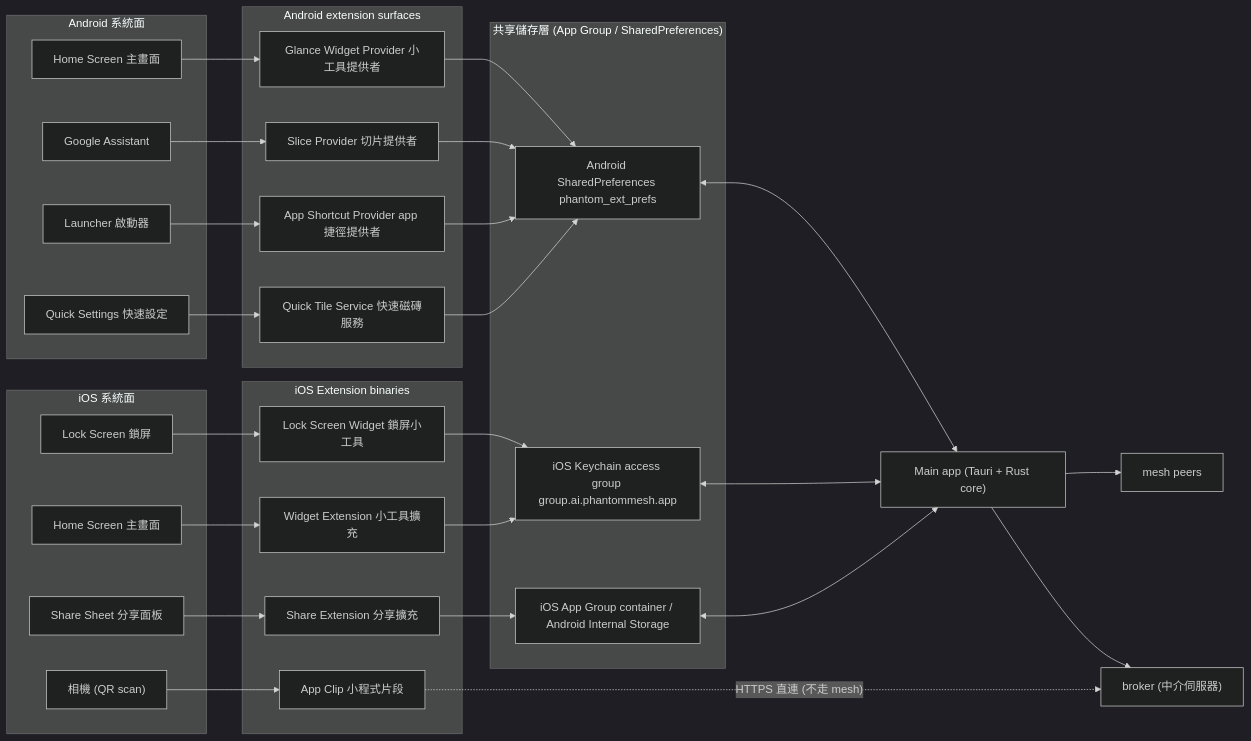
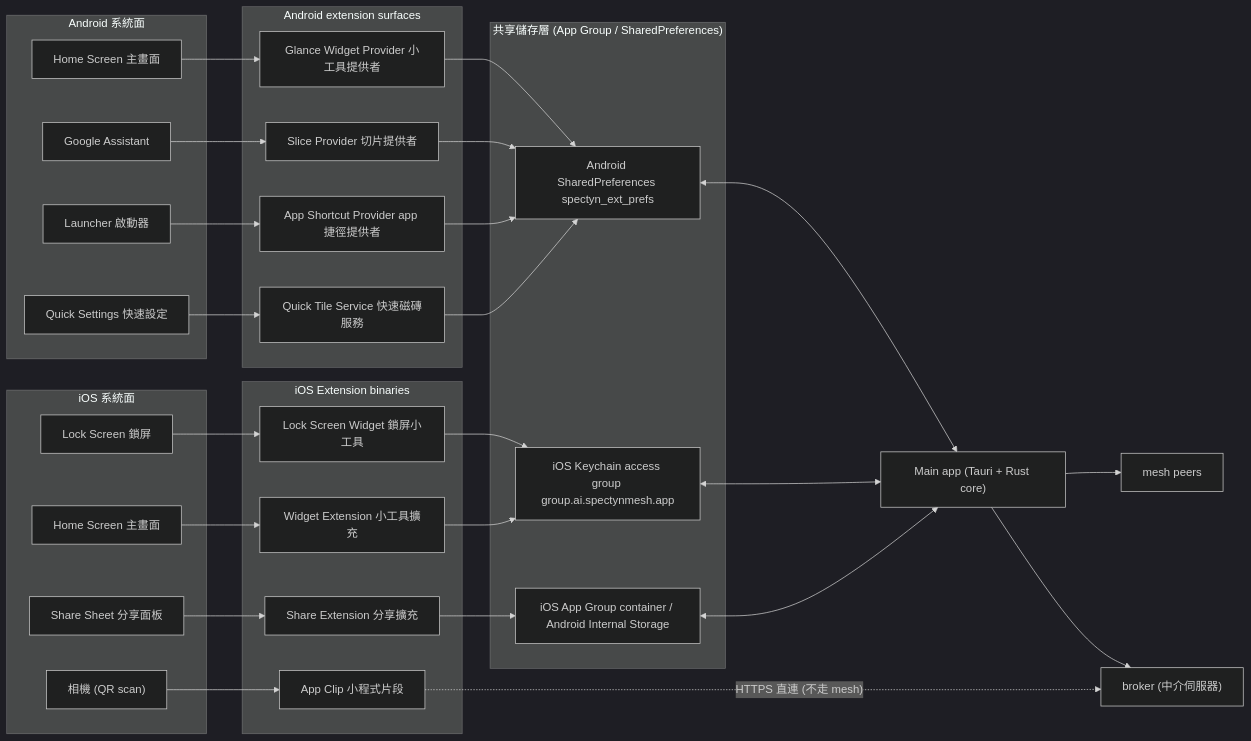
One commit to markl-a/phantom-mesh changed the first of 4 diagrams in docs/spec/history/2026-05-30/deferred/SPEC-74-EXP-extensions-share-widget.md. Above: the diagram before and after it, drawn with Mermaid (dark theme). The commit also changed other lines of this file and 1245 other files, not shown here.

First line of the commit message:
rename: phantom -> spectyn across the public tree

````diff
--- a/docs/spec/history/2026-05-30/deferred/SPEC-74-EXP-extensions-share-widget.md
+++ b/docs/spec/history/2026-05-30/deferred/SPEC-74-EXP-extensions-share-widget.md
@@ -141,60 +141,60 @@
 ```mermaid
 flowchart LR
     subgraph iOS["iOS 系統面"]
         SS["Share Sheet 分享面板"]
         HS["Home Screen 主畫面"]
         LS["Lock Screen 鎖屏"]
         Cam["相機 (QR scan)"]
     end
     subgraph iOSExt["iOS Extension binaries"]
         ShareExt["Share Extension 分享擴充"]
         WidExt["Widget Extension 小工具擴充"]
         LSWidExt["Lock Screen Widget 鎖屏小工具"]
         ClipExt["App Clip 小程式片段"]
     end
     subgraph Android["Android 系統面"]
         QS["Quick Settings 快速設定"]
         Launcher["Launcher 啟動器"]
         Assist["Google Assistant"]
         AndHS["Home Screen 主畫面"]
     end
     subgraph AndroidSurfaces["Android extension surfaces"]
         TileSvc["Quick Tile Service 快速磁磚服務"]
         Shortcut["App Shortcut Provider app 捷徑提供者"]
         SliceProv["Slice Provider 切片提供者"]
         GlanceWid["Glance Widget Provider 小工具提供者"]
     end
     subgraph AppGroup["共享儲存層 (App Group / SharedPreferences)"]
-        Keychain["iOS Keychain access group group.ai.phantommesh.app"]
-        SharedPrefs["Android SharedPreferences phantom_ext_prefs"]
+        Keychain["iOS Keychain access group group.ai.spectynmesh.app"]
+        SharedPrefs["Android SharedPreferences spectyn_ext_prefs"]
         Container["iOS App Group container / Android Internal Storage"]
     end
     Main["Main app (Tauri + Rust core)"]
     Mesh["mesh peers"]
     Broker["broker (中介伺服器)"]
 
     SS --> ShareExt
     HS --> WidExt
     LS --> LSWidExt
     Cam --> ClipExt
     QS --> TileSvc
     Launcher --> Shortcut
     Assist --> SliceProv
     AndHS --> GlanceWid
 
     ShareExt --> Container
     WidExt --> Keychain
     LSWidExt --> Keychain
     TileSvc --> SharedPrefs
     Shortcut --> SharedPrefs
     SliceProv --> SharedPrefs
     GlanceWid --> SharedPrefs
 
     ClipExt -.->|"HTTPS 直連 (不走 mesh)"| Broker
     Container <--> Main
     Keychain <--> Main
     SharedPrefs <--> Main
 
     Main --> Mesh
     Main --> Broker
 ```
````
